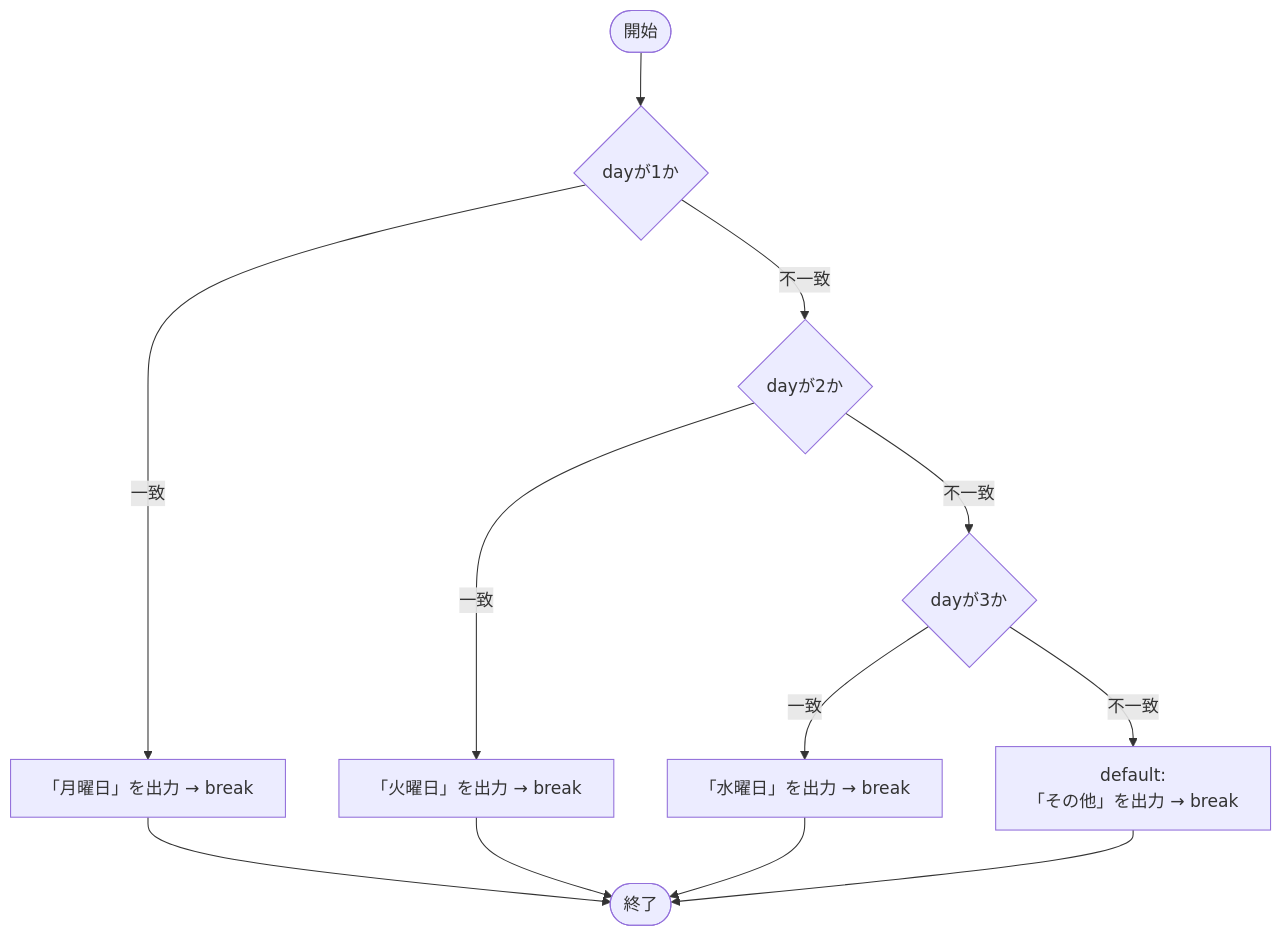
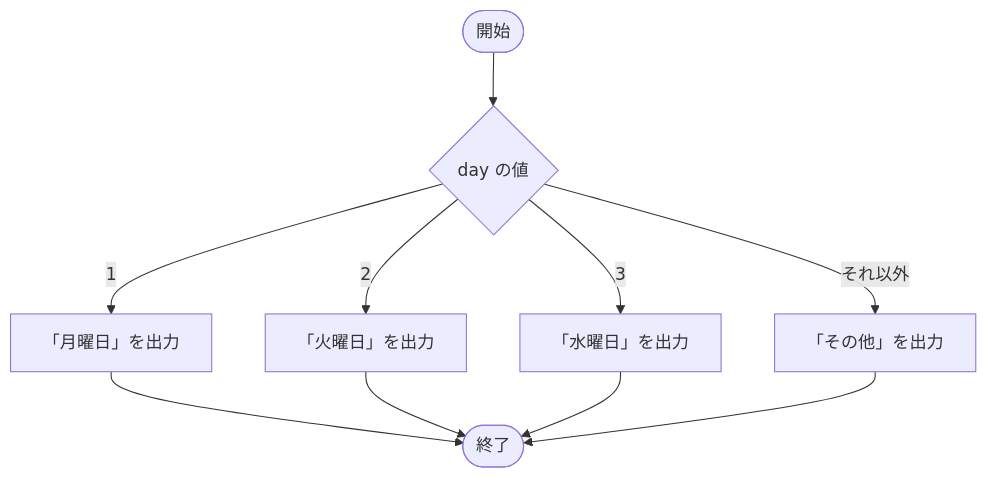
Before and after one commit to LeonAkasaka/unity-csharp-learning: the fourth of 4 diagrams in docs/csharp/conditionals/index.md, drawn with Mermaid. The commit also changed other lines of this file and 18 other files, not shown here.

````diff
--- a/docs/csharp/conditionals/index.md
+++ b/docs/csharp/conditionals/index.md
@@ -299,14 +307,12 @@
 ```mermaid
 flowchart TD
-    A([開始]) --> B{"dayが1か"}
-    B -- 一致 --> C["「月曜日」を出力 → break"]
-    B -- 不一致 --> D{"dayが2か"}
-    D -- 一致 --> E["「火曜日」を出力 → break"]
-    D -- 不一致 --> F{"dayが3か"}
-    F -- 一致 --> G["「水曜日」を出力 → break"]
-    F -- 不一致 --> H["default:<br/>「その他」を出力 → break"]
+    A([開始]) --> B{"day の値"}
+    B -- "1" --> C["「月曜日」を出力"]
+    B -- "2" --> D["「火曜日」を出力"]
+    B -- "3" --> E["「水曜日」を出力"]
+    B -- "それ以外" --> F["「その他」を出力"]
     C --> Z([終了])
+    D --> Z
     E --> Z
-    G --> Z
-    H --> Z
+    F --> Z
 ```
````
